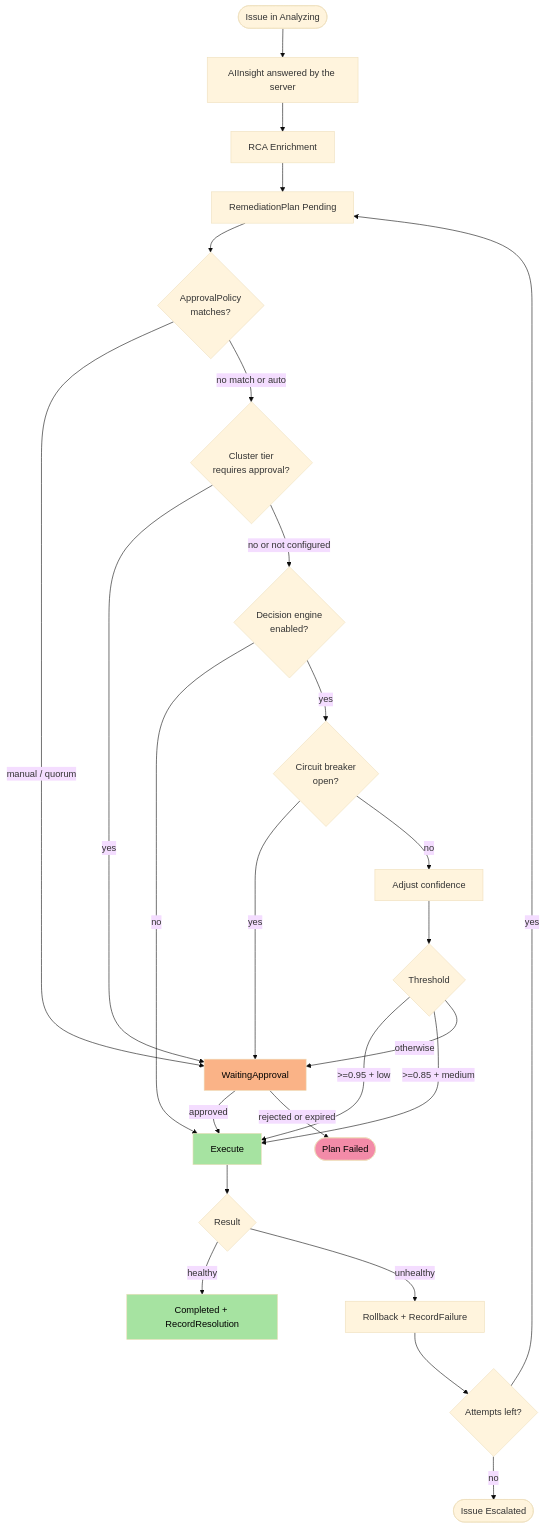
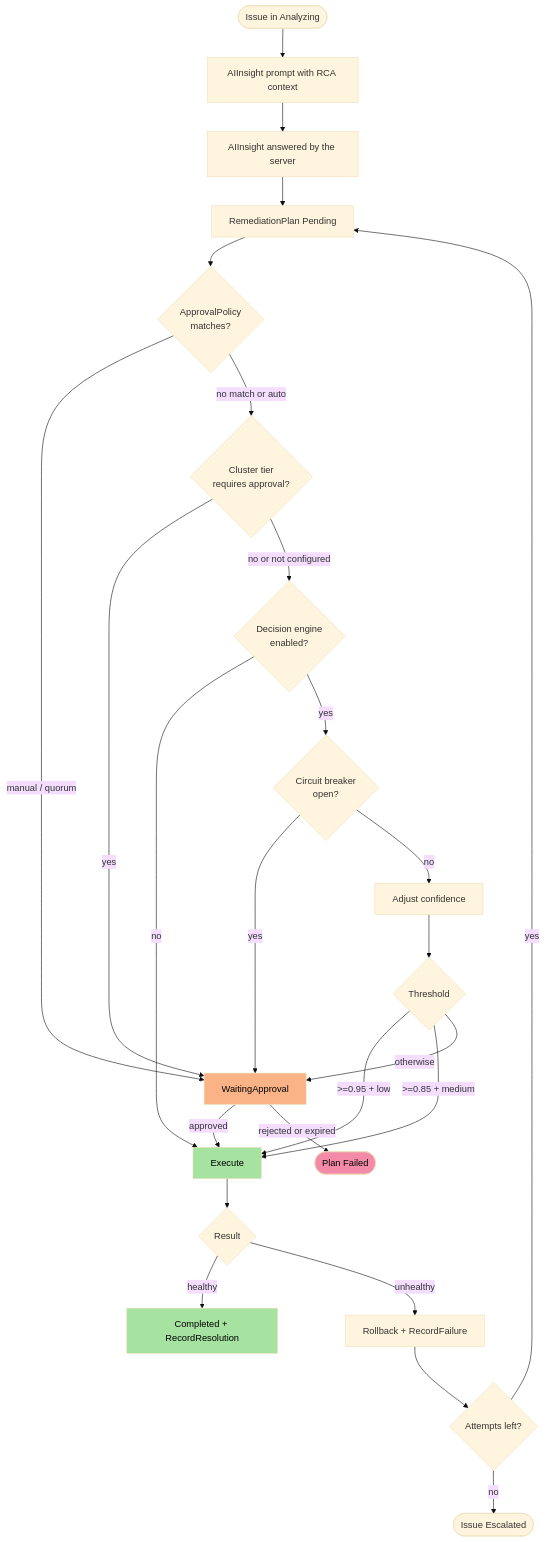
One commit to diillson/chatcli.ai changed the second of 2 diagrams in features/aiops/decision-engine.mdx. Above: the diagram before and after it, drawn with Mermaid (base theme). The commit also changed other lines of this file and 126 other files, not shown here.

````diff
--- a/features/aiops/decision-engine.mdx
+++ b/features/aiops/decision-engine.mdx
@@ -617,31 +417,31 @@
 ```mermaid
 flowchart TD
-    START([Issue in Analyzing]) --> INSIGHT[AIInsight answered by the server]
-    INSIGHT --> RCA[RCA Enrichment]
-    RCA --> PLAN[RemediationPlan Pending]
+    START([Issue in Analyzing]) --> RCA[AIInsight prompt with RCA context]
+    RCA --> INSIGHT[AIInsight answered by the server]
+    INSIGHT --> PLAN[RemediationPlan Pending]
     PLAN --> POLICY{ApprovalPolicy<br/>matches?}
     POLICY -->|manual / quorum| PARK[WaitingApproval]
     POLICY -->|no match or auto| TIER{Cluster tier<br/>requires approval?}
     TIER -->|yes| PARK
     TIER -->|no or not configured| ENGINE{Decision engine<br/>enabled?}
     ENGINE -->|no| EXEC[Execute]
     ENGINE -->|yes| CB{Circuit breaker<br/>open?}
     CB -->|yes| PARK
     CB -->|no| CALC[Adjust confidence]
     CALC --> THRESHOLD{Threshold}
     THRESHOLD -->|>=0.95 + low| EXEC
     THRESHOLD -->|>=0.85 + medium| EXEC
     THRESHOLD -->|otherwise| PARK
     PARK -->|approved| EXEC
     PARK -->|rejected or expired| FAIL([Plan Failed])
     EXEC --> RESULT{Result}
     RESULT -->|healthy| OK[Completed + RecordResolution]
     RESULT -->|unhealthy| RB[Rollback + RecordFailure]
     RB --> RETRY{Attempts left?}
     RETRY -->|yes| PLAN
     RETRY -->|no| ESC([Issue Escalated])
     style EXEC fill:#a6e3a1,color:#000
     style PARK fill:#fab387,color:#000
     style FAIL fill:#f38ba8,color:#000
     style OK fill:#a6e3a1,color:#000
 ```
````
